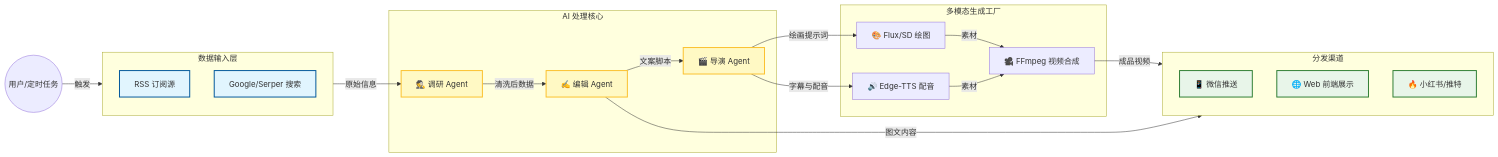
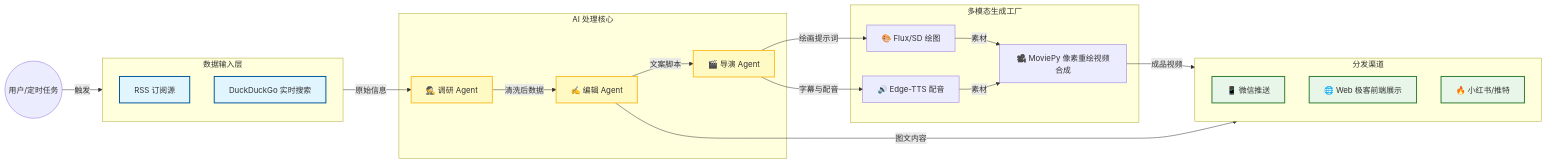
The first of 2 diagrams in README.md (sisfus1/Ai-New-Bot), drawn with Mermaid before and after one commit. The commit also changed other lines of this file, not shown here.

````diff
--- a/README.md
+++ b/README.md
@@ -9,48 +30,48 @@
 ```mermaid
 graph LR
     %% 定义样式
     classDef input fill:#e1f5fe,stroke:#01579b,stroke-width:2px;
     classDef process fill:#fff9c4,stroke:#fbc02d,stroke-width:2px;
     classDef output fill:#e8f5e9,stroke:#2e7d32,stroke-width:2px;
 
     %% 节点定义
     User((用户/定时任务))
     subgraph Input [数据输入层]
         RSS[RSS 订阅源]
-        Search[Google/Serper 搜索]
+        Search[DuckDuckGo 实时搜索]
     end
 
     subgraph Brain [AI 处理核心]
         Researcher[🕵️ 调研 Agent]
         Writer[✍️ 编辑 Agent]
         Director[🎬 导演 Agent]
     end
 
     subgraph Media [多模态生成工厂]
         ImgGen[🎨 Flux/SD 绘图]
-        VidGen[🎥 FFmpeg 视频合成]
+        VidGen[🎥 MoviePy 像素重绘视频合成]
         TTS[🔊 Edge-TTS 配音]
     end
 
     subgraph Channel [分发渠道]
         WeChat[📱 微信推送]
-        Web[🌐 Web 前端展示]
+        Web[🌐 Web 极客前端展示]
         Social[🔥 小红书/推特]
     end
 
     %% 连线关系
     User -->|触发| Input
     Input -->|原始信息| Researcher
     Researcher -->|清洗后数据| Writer
     Writer -->|文案脚本| Director
     Director -->|绘画提示词| ImgGen
     Director -->|字幕与配音| TTS
     ImgGen & TTS -->|素材| VidGen
     VidGen -->|成品视频| Channel
     Writer -->|图文内容| Channel
 
     %% 应用样式
     class RSS,Search input;
     class Researcher,Writer,Director process;
     class WeChat,Web,Social output;
 ```
````
